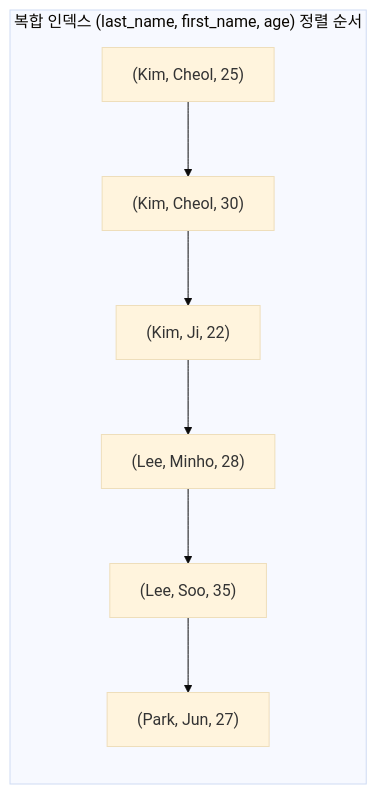
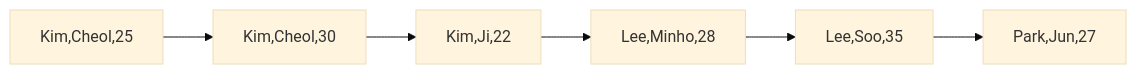
The fifth of 5 diagrams in _posts/db/2026-05-01-db-index.md (yjkim2015/yjkim2015.github.io), drawn with Mermaid (base theme) before and after one commit. The commit also changed 155 other files, not shown here.

First line of the commit message:
Mermaid 전면 수정: subgraph 제거, participant/노드/줄수 축소 (342블록)

````diff
--- a/_posts/db/2026-05-01-db-index.md
+++ b/_posts/db/2026-05-01-db-index.md
@@ -209,12 +209,8 @@
 ```mermaid
 graph LR
-    subgraph "복합 인덱스 (last_name, first_name, age) 정렬 순서"
-        A["(Kim, Cheol, 25)"]
-        B["(Kim, Cheol, 30)"]
-        C["(Kim, Ji, 22)"]
-        D["(Lee, Minho, 28)"]
-        E["(Lee, Soo, 35)"]
-        F["(Park, Jun, 27)"]
-        A --> B --> C --> D --> E --> F
-    end
+    A["Kim,Cheol,25"] --> B["Kim,Cheol,30"]
+    B --> C["Kim,Ji,22"]
+    C --> D["Lee,Minho,28"]
+    D --> E["Lee,Soo,35"]
+    E --> F["Park,Jun,27"]
 ```
````
